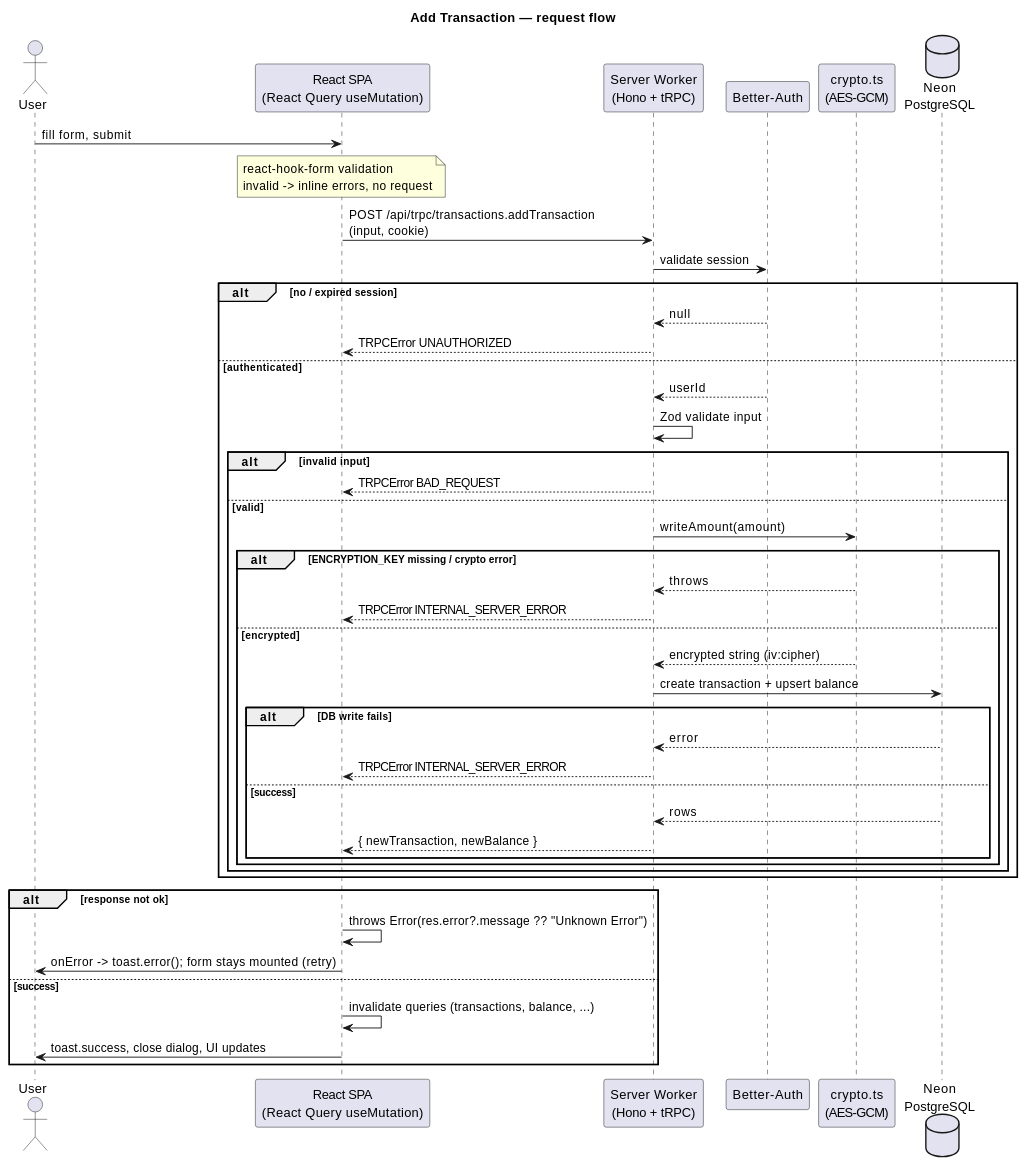
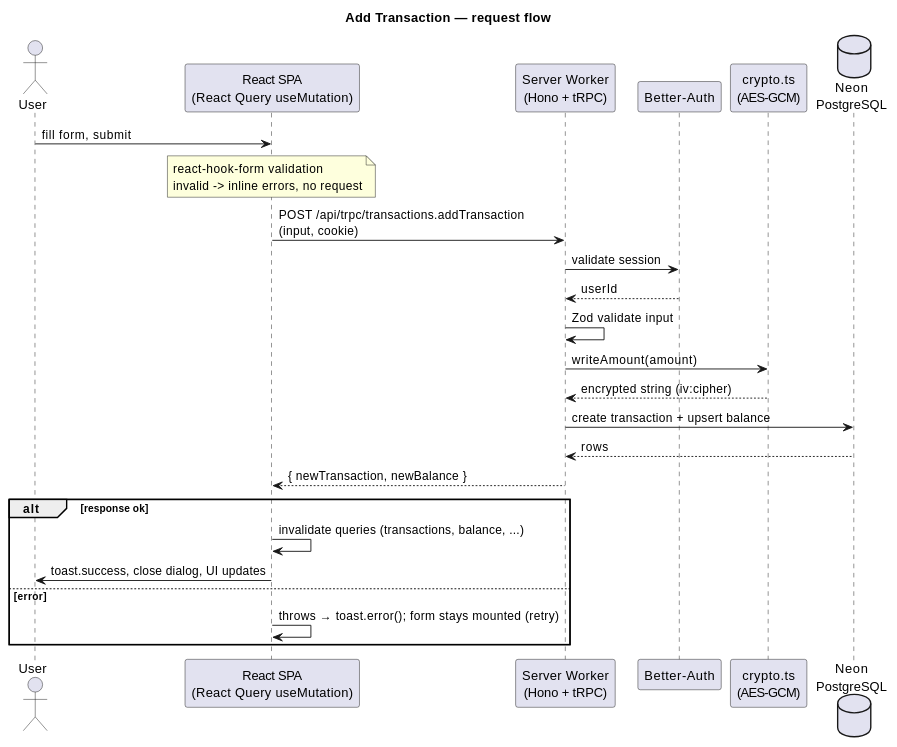
The fourth of 4 diagrams in SYSTEM_DESIGN.md (Pet3r1512/Zemonie), drawn with PlantUML before and after one commit. The commit also changed other lines of this file, not shown here.

Commit message:
doc: minimal error handler

````diff
--- a/SYSTEM_DESIGN.md
+++ b/SYSTEM_DESIGN.md
@@ -193,57 +173,37 @@
 ```plantuml
 @startuml Zemonie-AddTransaction
 title Add Transaction — request flow
 
 actor User
 participant "React SPA\n(React Query useMutation)" as SPA
 participant "Server Worker\n(Hono + tRPC)" as API
 participant "Better-Auth" as Auth
 participant "crypto.ts\n(AES-GCM)" as Crypto
 database "Neon\nPostgreSQL" as DB
 
 User -> SPA : fill form, submit
 
 note over SPA
   react-hook-form validation
   invalid -> inline errors, no request
 end note
 
 SPA -> API : POST /api/trpc/transactions.addTransaction\n(input, cookie)
 
 API -> Auth : validate session
-alt no / expired session
-  Auth --> API : null
-  API --> SPA : TRPCError UNAUTHORIZED
-else authenticated
-  Auth --> API : userId
-  API -> API : Zod validate input
-  alt invalid input
-    API --> SPA : TRPCError BAD_REQUEST
-  else valid
-    API -> Crypto : writeAmount(amount)
-    alt ENCRYPTION_KEY missing / crypto error
-      Crypto --> API : throws
-      API --> SPA : TRPCError INTERNAL_SERVER_ERROR
-    else encrypted
-      Crypto --> API : encrypted string (iv:cipher)
-      API -> DB : create transaction + upsert balance
-      alt DB write fails
-        DB --> API : error
-        API --> SPA : TRPCError INTERNAL_SERVER_ERROR
-      else success
-        DB --> API : rows
-        API --> SPA : { newTransaction, newBalance }
-      end
-    end
-  end
-end
+Auth --> API : userId
+API -> API : Zod validate input
+API -> Crypto : writeAmount(amount)
+Crypto --> API : encrypted string (iv:cipher)
+API -> DB : create transaction + upsert balance
+DB --> API : rows
+API --> SPA : { newTransaction, newBalance }
 
-alt response not ok
-  SPA -> SPA : throws Error(res.error?.message ?? "Unknown Error")
-  SPA -> User : onError -> toast.error(); form stays mounted (retry)
-else success
+alt response ok
   SPA -> SPA : invalidate queries (transactions, balance, ...)
   SPA -> User : toast.success, close dialog, UI updates
+else error
+  SPA -> SPA : throws → toast.error(); form stays mounted (retry)
 end
 @enduml
 ```
````
